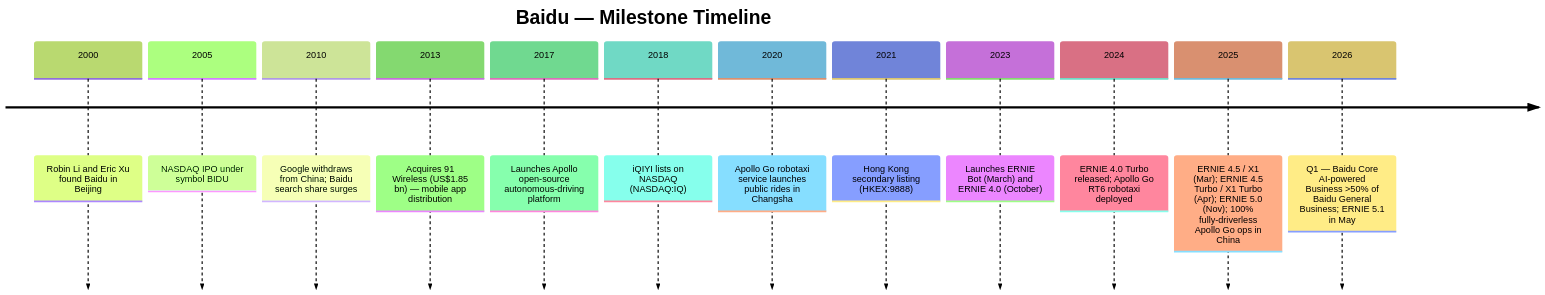
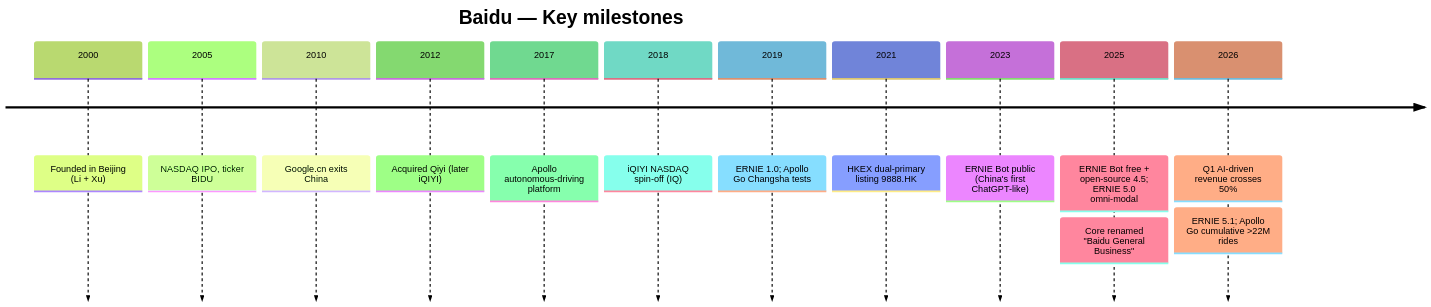
Before and after one commit to dadachundan/financial_agent: the diagram in reports/company/Baidu_NASDAQ_BIDU/Baidu_NASDAQ_BIDU_Research_Document.md, drawn with Mermaid (forest theme). The commit also changed other lines of this file and 16 other files, not shown here.

First line of the commit message:
feat(company-research): refresh Baidu (NASDAQ:BIDU) to current spec — decision layer + full SVG chart suite, freshen to 2026-06-18

````diff
--- a/reports/company/Baidu_NASDAQ_BIDU/Baidu_NASDAQ_BIDU_Research_Document.md
+++ b/reports/company/Baidu_NASDAQ_BIDU/Baidu_NASDAQ_BIDU_Research_Document.md
@@ -63,16 +226,17 @@
 ```mermaid
 timeline
-    title Baidu — Milestone Timeline
-    2000 : Robin Li and Eric Xu found Baidu in Beijing
-    2005 : NASDAQ IPO under symbol BIDU
-    2010 : Google withdraws from China; Baidu search share surges
-    2013 : Acquires 91 Wireless (US$1.85 bn) — mobile app distribution
-    2017 : Launches Apollo open-source autonomous-driving platform
-    2018 : iQIYI lists on NASDAQ (NASDAQ:IQ)
-    2020 : Apollo Go robotaxi service launches public rides in Changsha
-    2021 : Hong Kong secondary listing (HKEX:9888)
-    2023 : Launches ERNIE Bot (March) and ERNIE 4.0 (October)
-    2024 : ERNIE 4.0 Turbo released; Apollo Go RT6 robotaxi deployed
-    2025 : ERNIE 4.5 / X1 (Mar); ERNIE 4.5 Turbo / X1 Turbo (Apr); ERNIE 5.0 (Nov); 100% fully-driverless Apollo Go ops in China
-    2026 : Q1 — Baidu Core AI-powered Business >50% of Baidu General Business; ERNIE 5.1 in May
+    title Baidu — Key milestones
+    2000 : Founded in Beijing (Li + Xu)
+    2005 : NASDAQ IPO, ticker BIDU
+    2010 : Google.cn exits China
+    2012 : Acquired Qiyi (later iQIYI)
+    2017 : Apollo autonomous-driving platform
+    2018 : iQIYI NASDAQ spin-off (IQ)
+    2019 : ERNIE 1.0; Apollo Go Changsha tests
+    2021 : HKEX dual-primary listing 9888.HK
+    2023 : ERNIE Bot public (China's first ChatGPT-like)
+    2025 : ERNIE Bot free + open-source 4.5; ERNIE 5.0 omni-modal
+         : Core renamed "Baidu General Business"
+    2026 : Q1 AI-driven revenue crosses 50%
+         : ERNIE 5.1; Apollo Go cumulative >22M rides
 ```
````
